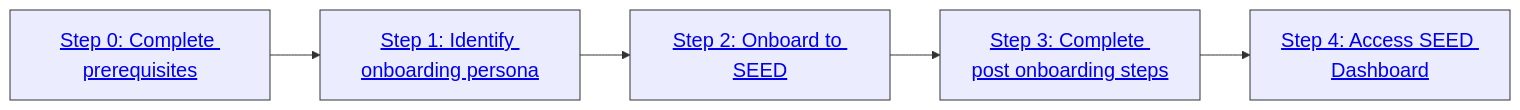
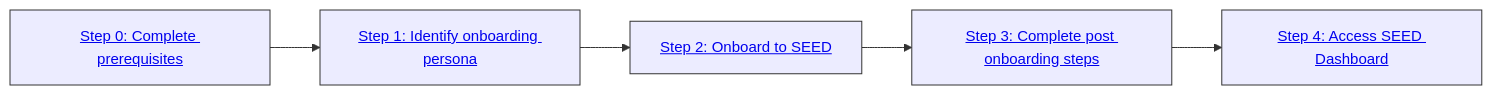
Before and after one commit to GovTechSG/seed-primer-documentation: the second of 2 diagrams in getting-started.md, drawn with Mermaid.

````diff
--- a/getting-started.md
+++ b/getting-started.md
@@ -20,21 +20,21 @@
 ```mermaid
-%%{init: {'theme': 'default','themeVariables': { 'fontSize': '20px', 'width': '800px' }}}%%
+%%{init: {'theme': 'default','themeVariables': { 'fontSize': '15px', 'width': '800px' }}}%%
 graph LR
     A["<a href='https://docs.developer.tech.gov.sg/docs/staging-seed-primer/getting-started?id=step-0-ensure-you-meet-the-required-prerequisites'>Step 0: Complete prerequisites</a>"]
     B["<a href='https://docs.developer.tech.gov.sg/docs/staging-seed-primer/getting-started?id=step-1-identify-your-onboarding-persona'>Step 1: Identify onboarding persona</a>"]
     C["<a href='https://docs.developer.tech.gov.sg/docs/staging-seed-primer/getting-started?id=step-2-onboard-device-to-seed'>Step 2: Onboard to SEED</a>"]
     D["<a href='https://docs.developer.tech.gov.sg/docs/staging-seed-primer/post-onboarding-steps'>Step 3: Complete post onboarding steps</a>"]
     E["<a href='https://docs.developer.tech.gov.sg/docs/staging-seed-primer/dashboard'>Step 4: Access SEED Dashboard</a>"]
 
     style A  stroke:#333, max-width: 600px;
     style B  stroke:#333, max-width: 600px;
     style C  stroke:#333, max-width: 600px;
     style D  stroke:#333, max-width: 600px;
     style E  stroke:#333, max-width: 600px;
     
     A --> B
     B --> C
     C --> D
     D --> E
 
 ```
````
